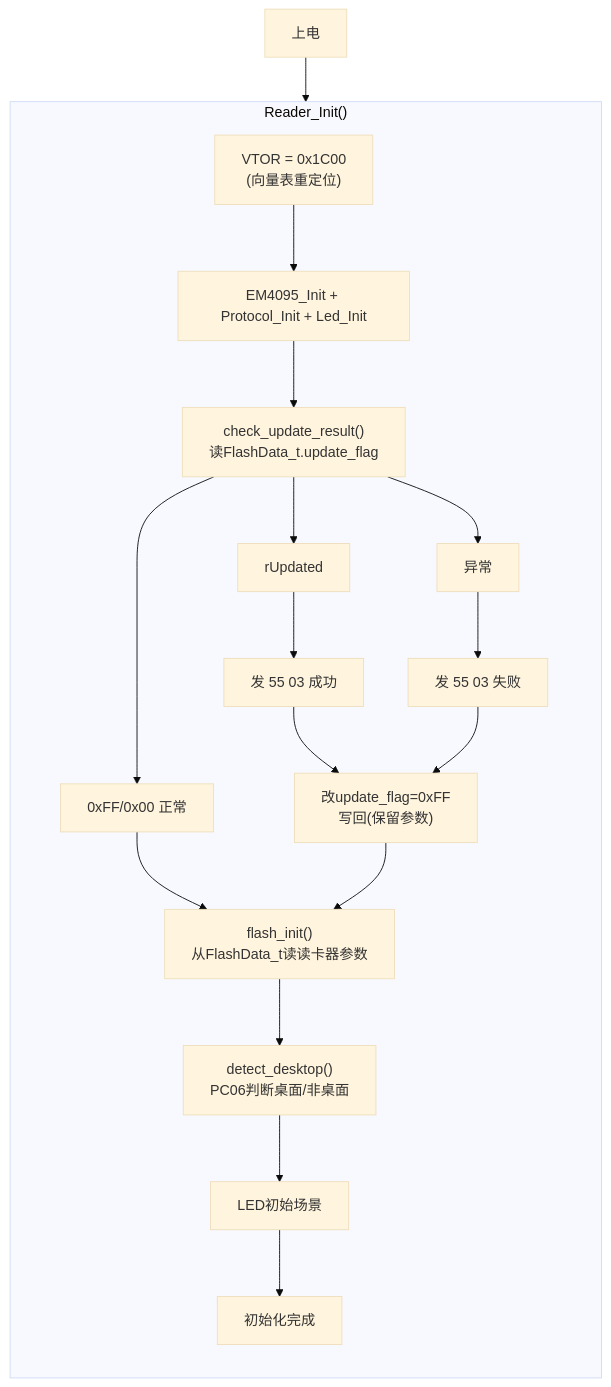
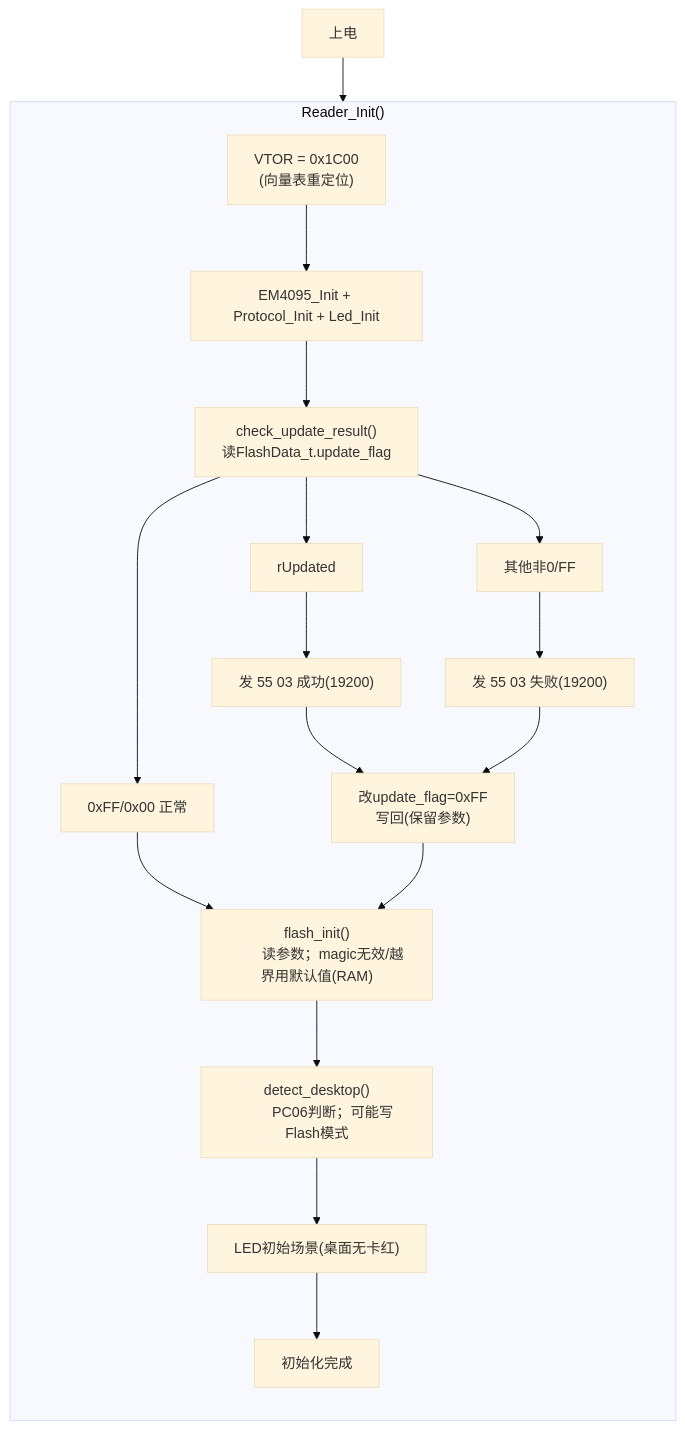
One commit to Siaiai/ObsidianNote changed the ninth of 10 diagrams in 工作/SR3读卡器/260804SR3框架整理.md. Above: the diagram before and after it, drawn with Mermaid (base theme). The commit also changed other lines of this file and 2 other files, not shown here.

````diff
--- a/工作/SR3读卡器/260804SR3框架整理.md
+++ b/工作/SR3读卡器/260804SR3框架整理.md
@@ -438,41 +641,41 @@
 ```mermaid
 flowchart TB
     START["上电"]
     subgraph INIT["Reader_Init()"]
         direction TB
         VTOR["VTOR = 0x1C00
         (向量表重定位)"]
         INIT_SUB["EM4095_Init + Protocol_Init + Led_Init"]
         CHECK_UPD["check_update_result()
         读FlashData_t.update_flag"]
         UPD_OK["rUpdated"]
-        UPD_FAIL["异常"]
+        UPD_FAIL["其他非0/FF"]
         UPD_NONE["0xFF/0x00 正常"]
-        SEND_OK["发 55 03 成功"]
-        SEND_FAIL["发 55 03 失败"]
+        SEND_OK["发 55 03 成功(19200)"]
+        SEND_FAIL["发 55 03 失败(19200)"]
         WRITE_BACK["改update_flag=0xFF
         写回(保留参数)"]
         FLASH_LOAD["flash_init()
-        从FlashData_t读读卡器参数"]
+        读参数；magic无效/越界用默认值(RAM)"]
         DESK["detect_desktop()
-        PC06判断桌面/非桌面"]
-        LED_INIT["LED初始场景"]
+        PC06判断；可能写Flash模式"]
+        LED_INIT["LED初始场景(桌面无卡红)"]
         DONE["初始化完成"]
 
         VTOR --> INIT_SUB
         INIT_SUB --> CHECK_UPD
         CHECK_UPD --> UPD_OK
         CHECK_UPD --> UPD_FAIL
         CHECK_UPD --> UPD_NONE
         UPD_OK --> SEND_OK
         UPD_FAIL --> SEND_FAIL
         SEND_OK --> WRITE_BACK
         SEND_FAIL --> WRITE_BACK
         UPD_NONE --> FLASH_LOAD
         WRITE_BACK --> FLASH_LOAD
         FLASH_LOAD --> DESK
         DESK --> LED_INIT
         LED_INIT --> DONE
     end
     START --> VTOR
 ```
````
